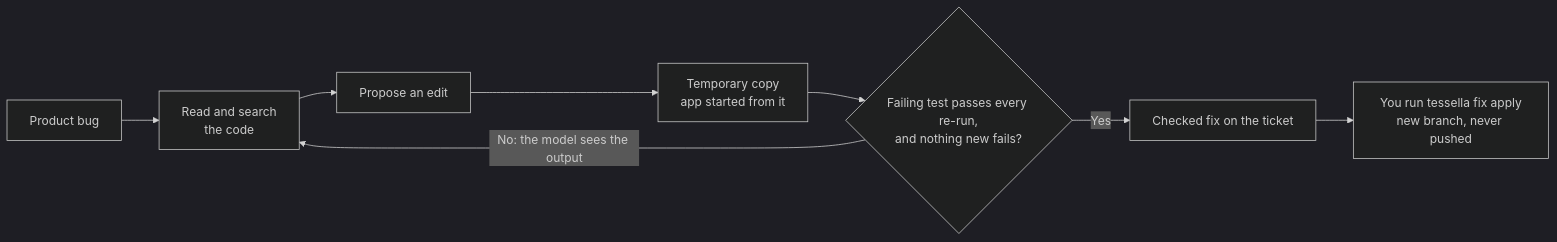
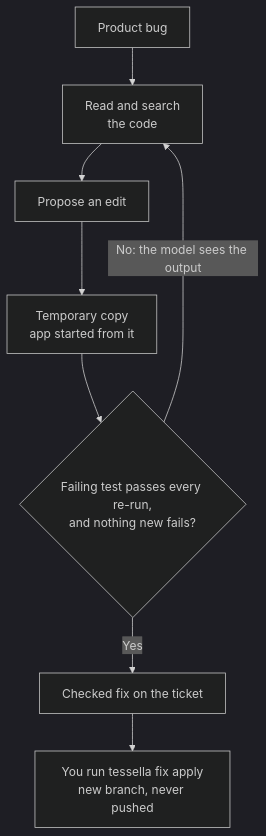
The third of 6 diagrams in README.md (sbaqa/tessella), drawn with Mermaid (dark theme) before and after one commit. The commit also changed other lines of this file and 10 other files, not shown here.

Commit message:
README: readable media, narrower diagrams, grouped docs, own-project setup, why not a chatbot; SECURITY.md; queue lists bug drafts first

````diff
--- a/README.md
+++ b/README.md
@@ -160,10 +200,10 @@
 ```mermaid
-flowchart LR
+flowchart TD
   A["Product bug"] --> R["Read and search<br/>the code"]
   R --> E["Propose an edit"]
   E --> S["Temporary copy<br/>app started from it"]
   S --> T{"Failing test passes every re-run,<br/>and nothing new fails?"}
   T -->|"No: the model sees the output"| R
   T -->|Yes| K["Checked fix on the ticket"]
   K --> P["You run tessella fix apply<br/>new branch, never pushed"]
 ```
````
